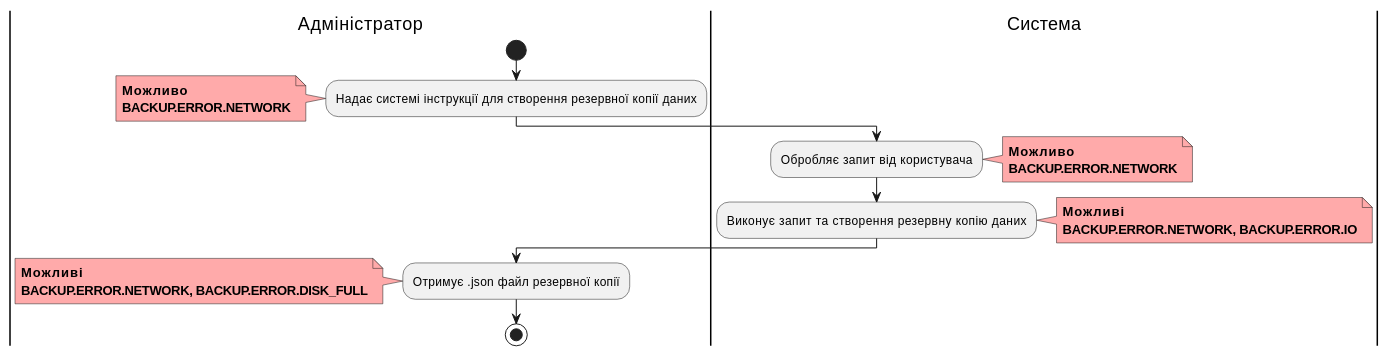
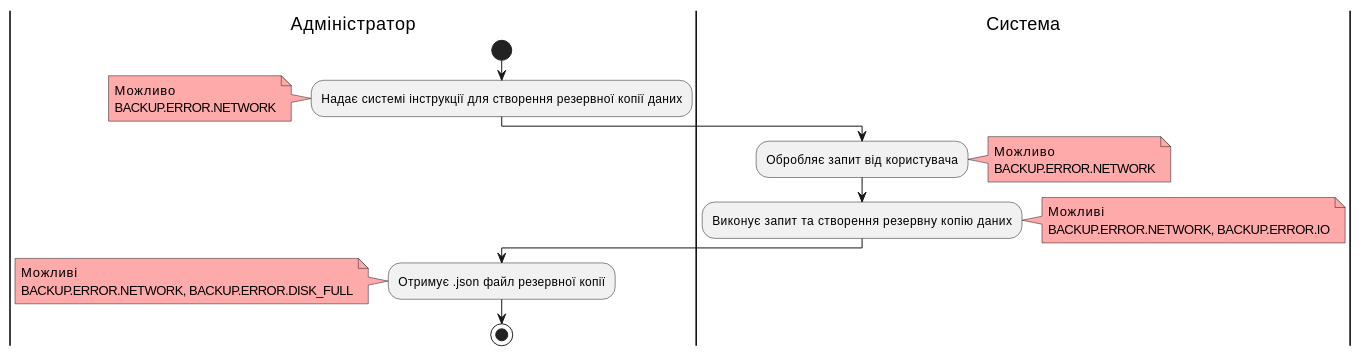
Diagram 14 of 14 in docs/use cases/README.md (yarikkot04/Sup), drawn with PlantUML before and after one commit. The commit also changed other lines of this file, not shown here.

```diff
--- a/docs/use cases/README.md
+++ b/docs/use cases/README.md
@@ -728,30 +710,29 @@
 @startuml
 
     |Адміністратор|
-        start
-        :Надає системі інструкції для створення резервної копії даних;
+      start
+       :Надає системі інструкції для створення резервної копії даних;
         note left #ffaaaa
-        <b>Можливо
-        <b>BACKUP.ERROR.NETWORK
+        Можливо
+        BACKUP.ERROR.NETWORK
         end note
     |Система|
-        :Обробляє запит від користувача;
+       :Обробляє запит від користувача;
         note right #ffaaaa
-        <b>Можливо
-        <b>BACKUP.ERROR.NETWORK
+        Можливо
+        BACKUP.ERROR.NETWORK
         end note
-        :Виконує запит та створення резервну копію даних;
+       :Виконує запит та створення резервну копію даних;
         note right #ffaaaa
-        <b>Можливі
-        <b>BACKUP.ERROR.NETWORK, BACKUP.ERROR.IO
+        Можливі
+        BACKUP.ERROR.NETWORK, BACKUP.ERROR.IO
         end note
-
     |Адміністратор|
-        :Отримує .json файл резервної копії;
+       :Отримує .json файл резервної копії;
         note left #ffaaaa
-        <b>Можливі
-        <b>BACKUP.ERROR.NETWORK, BACKUP.ERROR.DISK_FULL
+        Можливі
+        BACKUP.ERROR.NETWORK, BACKUP.ERROR.DISK_FULL
         end note
         stop;
         
 @enduml
```
